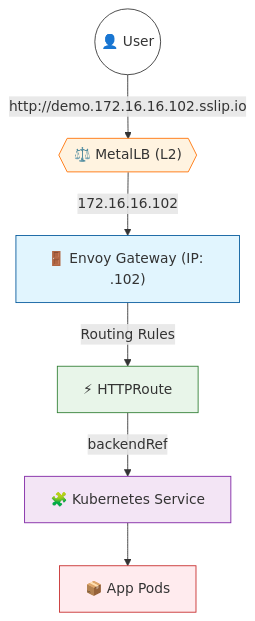
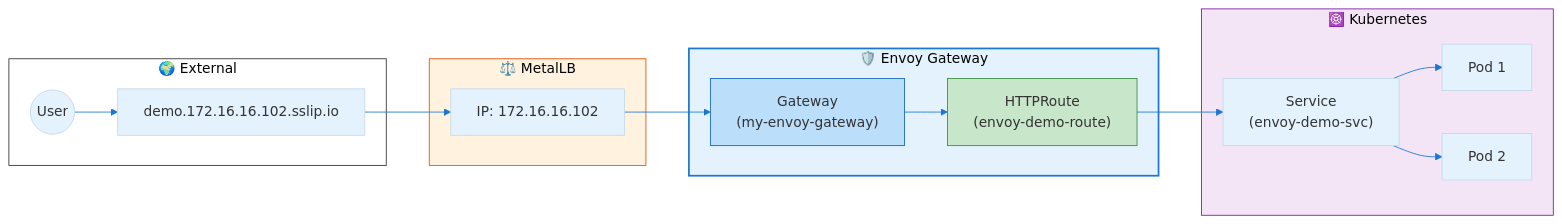
Before and after one commit to engabelal/kubernetes-ha-talos: the diagram in 08-gateway-envoy/README.md, drawn with Mermaid. The commit also changed other lines of this file and 2 other files, not shown here.

Commit message:
docs: premium architecture diagrams, polished documentation, and add .gitignore

````diff
--- a/08-gateway-envoy/README.md
+++ b/08-gateway-envoy/README.md
@@ -11,22 +22,35 @@
 ```mermaid
-graph TD
-    user((👤 User))
-    lb{{"⚖️ MetalLB (L2)"}}
-    gateway["🚪 Envoy Gateway (IP: .102)"]
-    route["⚡ HTTPRoute"]
-    svc["🧩 Kubernetes Service"]
-    pod["📦 App Pods"]
+%%{init: {'theme': 'base', 'themeVariables': { 'primaryColor': '#e3f2fd', 'lineColor': '#1976d2'}}}%%
 
-    user -- "http://demo.172.16.16.102.sslip.io" --> lb
-    lb -- "172.16.16.102" --> gateway
-    gateway -- "Routing Rules" --> route
-    route -- "backendRef" --> svc
-    svc --> pod
+graph LR
+    subgraph EXTERNAL ["🌍 External"]
+        user(("User"))
+        dns["demo.172.16.16.102.sslip.io"]
+    end
 
-    style user fill:#fff,stroke:#333
-    style lb fill:#fff3e0,stroke:#ff6f00
-    style gateway fill:#e1f5fe,stroke:#01579b
-    style route fill:#e8f5e9,stroke:#2e7d32
-    style svc fill:#f3e5f5,stroke:#7b1fa2
-    style pod fill:#ffebee,stroke:#c62828
+    subgraph METALLB ["⚖️ MetalLB"]
+        lb["IP: 172.16.16.102"]
+    end
+
+    subgraph ENVOY ["🛡️ Envoy Gateway"]
+        gateway["Gateway<br/>(my-envoy-gateway)"]
+        route["HTTPRoute<br/>(envoy-demo-route)"]
+    end
+
+    subgraph K8S ["☸️ Kubernetes"]
+        svc["Service<br/>(envoy-demo-svc)"]
+        pod1["Pod 1"]
+        pod2["Pod 2"]
+    end
+
+    user --> dns --> lb --> gateway --> route --> svc
+    svc --> pod1
+    svc --> pod2
+
+    style EXTERNAL fill:#fff,stroke:#333
+    style METALLB fill:#fff3e0,stroke:#e65100
+    style ENVOY fill:#e3f2fd,stroke:#1976d2,stroke-width:2px
+    style K8S fill:#f3e5f5,stroke:#7b1fa2
+    style gateway fill:#bbdefb,stroke:#1565c0
+    style route fill:#c8e6c9,stroke:#388e3c
 ```
````
